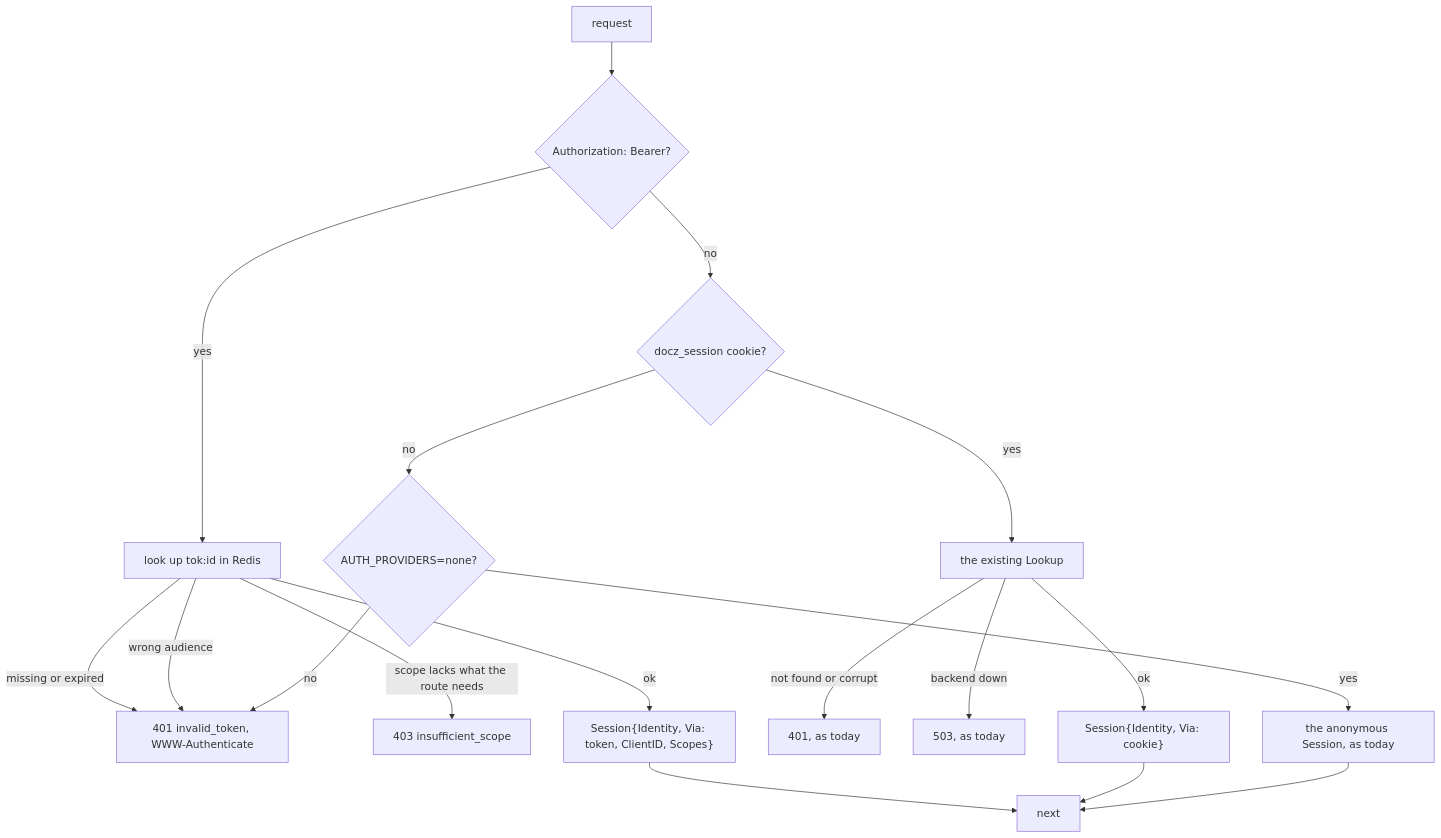
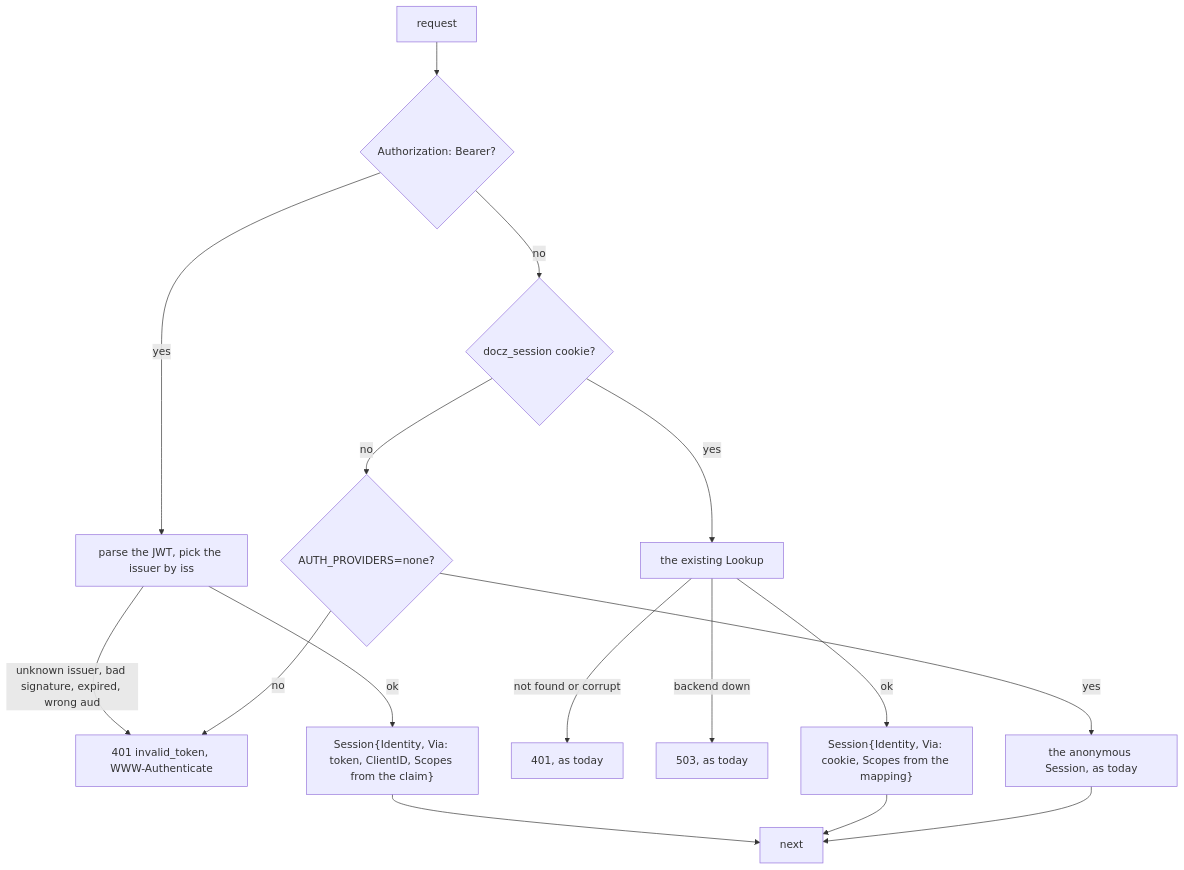
The third of 4 diagrams in docs/design/0023-a-read-only-mcp-server-in-docz-api-oauth-21-tokens-tools-and.md (donaldgifford/docz), drawn with Mermaid before and after one commit. The commit also changed other lines of this file and 2 other files, not shown here.

````diff
--- a/docs/design/0023-a-read-only-mcp-server-in-docz-api-oauth-21-tokens-tools-and.md
+++ b/docs/design/0023-a-read-only-mcp-server-in-docz-api-oauth-21-tokens-tools-and.md
@@ -540,20 +576,18 @@
 ```mermaid
 flowchart TD
   A[request] --> B{Authorization: Bearer?}
-  B -- yes --> C[look up tok:id in Redis]
-  C -- missing or expired --> D["401 invalid_token, WWW-Authenticate"]
-  C -- wrong audience --> D
-  C -- scope lacks what the route needs --> E["403 insufficient_scope"]
-  C -- ok --> F["Session{Identity, Via: token, ClientID, Scopes}"]
+  B -- yes --> C[parse the JWT, pick the issuer by iss]
+  C -- unknown issuer, bad signature, expired, wrong aud --> D["401 invalid_token, WWW-Authenticate"]
+  C -- ok --> F["Session{Identity, Via: token, ClientID, Scopes from the claim}"]
   B -- no --> G{docz_session cookie?}
   G -- yes --> H[the existing Lookup]
   H -- not found or corrupt --> I[401, as today]
   H -- backend down --> J[503, as today]
-  H -- ok --> K["Session{Identity, Via: cookie}"]
+  H -- ok --> K["Session{Identity, Via: cookie, Scopes from the mapping}"]
   G -- no --> L{AUTH_PROVIDERS=none?}
   L -- yes --> M[the anonymous Session, as today]
   L -- no --> D
   F --> N[next]
   K --> N
   M --> N
 ```
````
